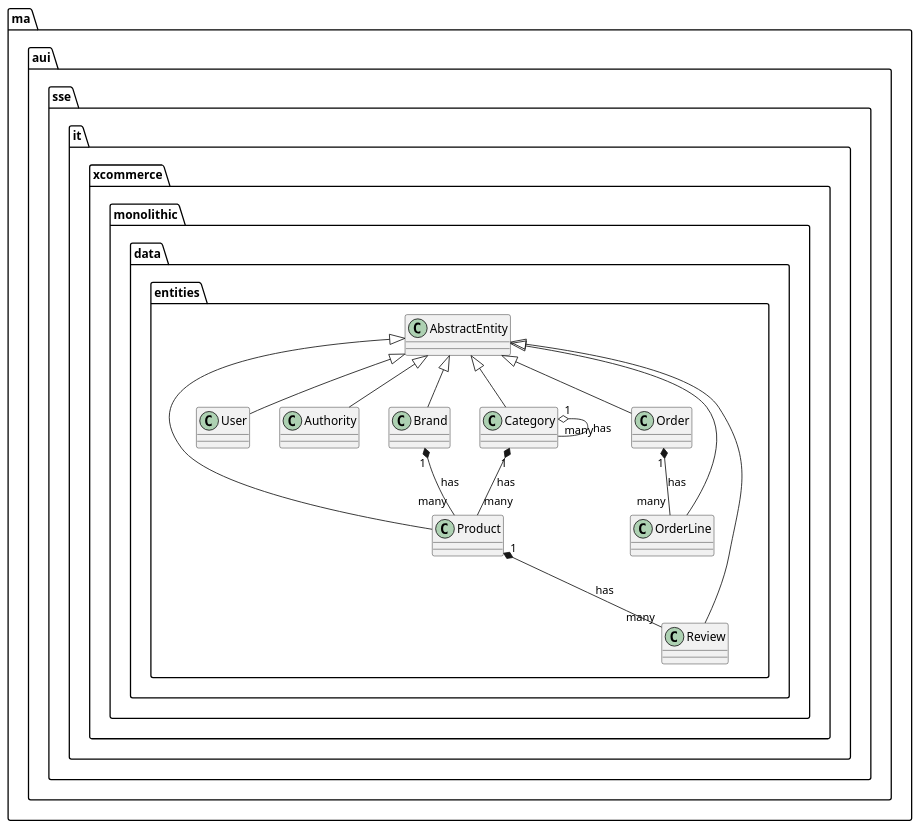
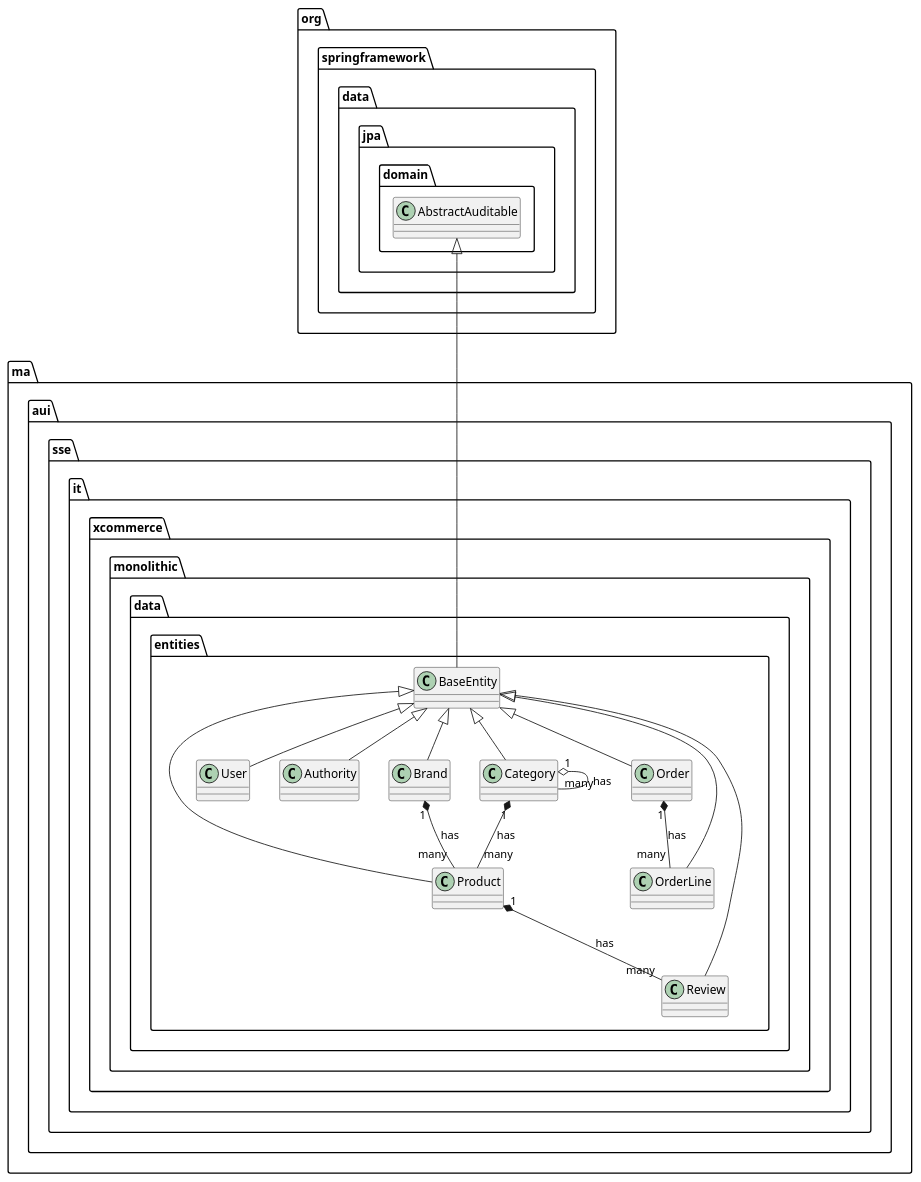
Before and after one commit to oiraqi/xcommerce-monolithic: the first of 2 diagrams in final/src/main/resources/diagram.class.wsd, drawn with PlantUML. The commit also changed other lines of this file and 3 other files, not shown here.

```diff
--- a/final/src/main/resources/diagram.class.wsd
+++ b/final/src/main/resources/diagram.class.wsd
@@ -1,15 +1,16 @@
 @startuml EntityClassDiagram
-ma.aui.sse.it.xcommerce.monolithic.data.entities.AbstractEntity <|-- ma.aui.sse.it.xcommerce.monolithic.data.entities.Product
-ma.aui.sse.it.xcommerce.monolithic.data.entities.AbstractEntity <|-- ma.aui.sse.it.xcommerce.monolithic.data.entities.User
-ma.aui.sse.it.xcommerce.monolithic.data.entities.AbstractEntity <|-- ma.aui.sse.it.xcommerce.monolithic.data.entities.Authority
-ma.aui.sse.it.xcommerce.monolithic.data.entities.AbstractEntity <|-- ma.aui.sse.it.xcommerce.monolithic.data.entities.Brand
-ma.aui.sse.it.xcommerce.monolithic.data.entities.AbstractEntity <|-- ma.aui.sse.it.xcommerce.monolithic.data.entities.Category
-ma.aui.sse.it.xcommerce.monolithic.data.entities.AbstractEntity <|-- ma.aui.sse.it.xcommerce.monolithic.data.entities.Order
-ma.aui.sse.it.xcommerce.monolithic.data.entities.AbstractEntity <|-- ma.aui.sse.it.xcommerce.monolithic.data.entities.OrderLine
-ma.aui.sse.it.xcommerce.monolithic.data.entities.AbstractEntity <|-- ma.aui.sse.it.xcommerce.monolithic.data.entities.Review
+org.springframework.data.jpa.domain.AbstractAuditable <|-- ma.aui.sse.it.xcommerce.monolithic.data.entities.BaseEntity
+ma.aui.sse.it.xcommerce.monolithic.data.entities.BaseEntity <|-- ma.aui.sse.it.xcommerce.monolithic.data.entities.Product
+ma.aui.sse.it.xcommerce.monolithic.data.entities.BaseEntity <|-- ma.aui.sse.it.xcommerce.monolithic.data.entities.User
+ma.aui.sse.it.xcommerce.monolithic.data.entities.BaseEntity <|-- ma.aui.sse.it.xcommerce.monolithic.data.entities.Authority
+ma.aui.sse.it.xcommerce.monolithic.data.entities.BaseEntity <|-- ma.aui.sse.it.xcommerce.monolithic.data.entities.Brand
+ma.aui.sse.it.xcommerce.monolithic.data.entities.BaseEntity <|-- ma.aui.sse.it.xcommerce.monolithic.data.entities.Category
+ma.aui.sse.it.xcommerce.monolithic.data.entities.BaseEntity <|-- ma.aui.sse.it.xcommerce.monolithic.data.entities.Order
+ma.aui.sse.it.xcommerce.monolithic.data.entities.BaseEntity <|-- ma.aui.sse.it.xcommerce.monolithic.data.entities.OrderLine
+ma.aui.sse.it.xcommerce.monolithic.data.entities.BaseEntity <|-- ma.aui.sse.it.xcommerce.monolithic.data.entities.Review
 ma.aui.sse.it.xcommerce.monolithic.data.entities.Brand "1" *-- "many" ma.aui.sse.it.xcommerce.monolithic.data.entities.Product : has
 ma.aui.sse.it.xcommerce.monolithic.data.entities.Product "1" *-- "many" ma.aui.sse.it.xcommerce.monolithic.data.entities.Review : has
 ma.aui.sse.it.xcommerce.monolithic.data.entities.Category "1" *-- "many" ma.aui.sse.it.xcommerce.monolithic.data.entities.Product : has
 ma.aui.sse.it.xcommerce.monolithic.data.entities.Category "1" o-- "many" ma.aui.sse.it.xcommerce.monolithic.data.entities.Category : has
 ma.aui.sse.it.xcommerce.monolithic.data.entities.Order "1" *-- "many" ma.aui.sse.it.xcommerce.monolithic.data.entities.OrderLine : has
 @enduml
```
